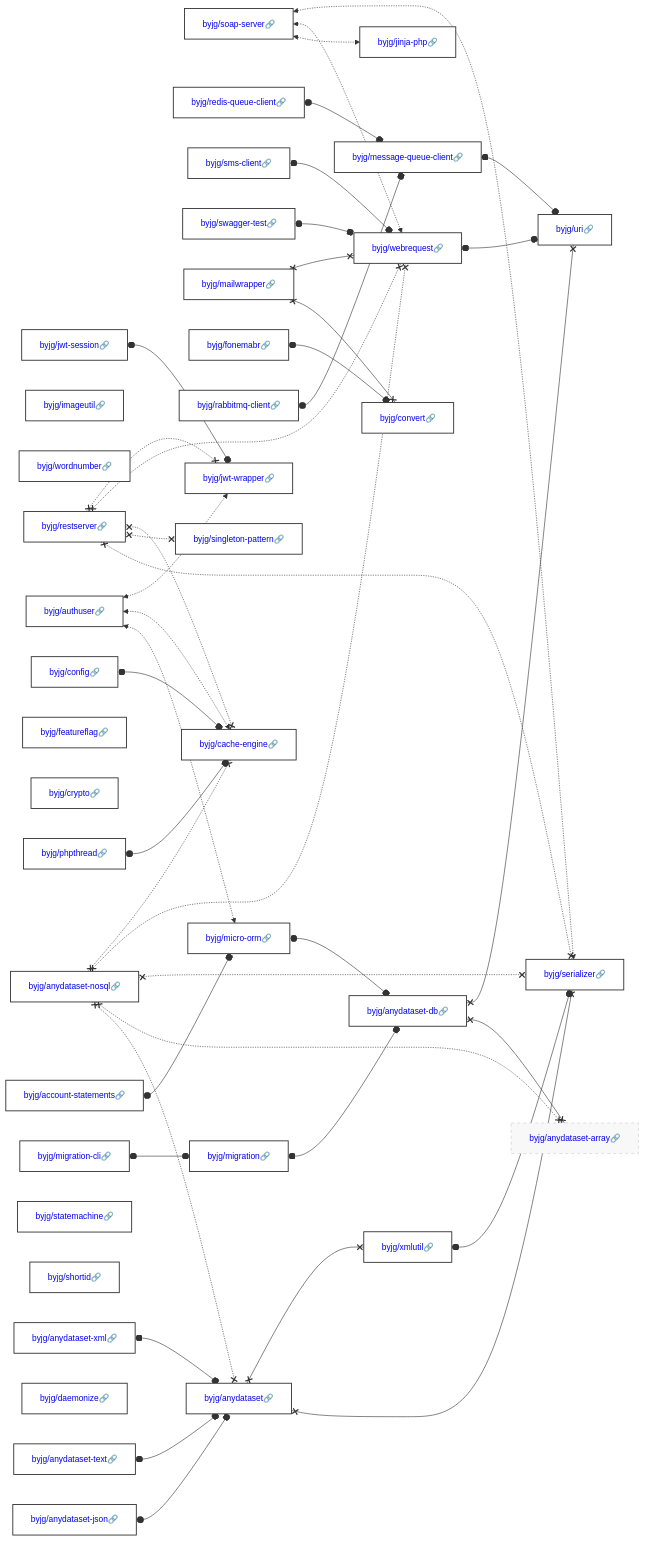
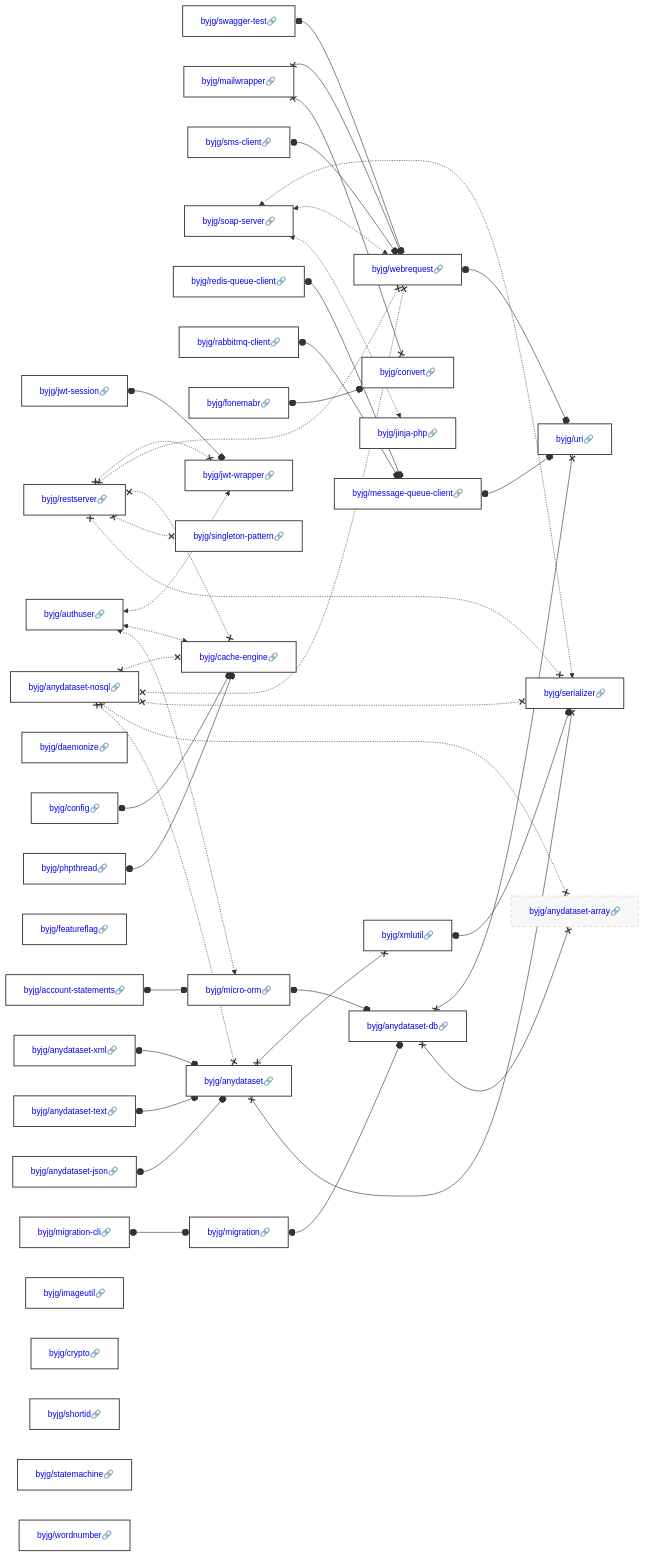
One commit to byjg/byjg.github.io changed the diagram in docs/php/README.md. Above: the diagram before and after it, drawn with Mermaid. The commit also changed other lines of this file and 44 other files, not shown here.

````diff
--- a/docs/php/README.md
+++ b/docs/php/README.md
@@ -3,45 +3,45 @@
 ```mermaid
 graph LR;
+  byjg/swagger-test[<a href='https://opensource.byjg.com/docs/php/swagger-test' style='text-decoration:none'>byjg/swagger-test🔗</a>];
+  byjg/anydataset-text[<a href='https://opensource.byjg.com/docs/php/anydataset-text' style='text-decoration:none'>byjg/anydataset-text🔗</a>];
+  byjg/migration-cli[<a href='https://opensource.byjg.com/docs/php/migration-cli' style='text-decoration:none'>byjg/migration-cli🔗</a>];
+  byjg/anydataset-xml[<a href='https://opensource.byjg.com/docs/php/anydataset-xml' style='text-decoration:none'>byjg/anydataset-xml🔗</a>];
+  byjg/mailwrapper[<a href='https://opensource.byjg.com/docs/php/mailwrapper' style='text-decoration:none'>byjg/mailwrapper🔗</a>];
+  byjg/jwt-session[<a href='https://opensource.byjg.com/docs/php/jwt-session' style='text-decoration:none'>byjg/jwt-session🔗</a>];
+  byjg/sms-client[<a href='https://opensource.byjg.com/docs/php/sms-client' style='text-decoration:none'>byjg/sms-client🔗</a>];
+  byjg/soap-server[<a href='https://opensource.byjg.com/docs/php/soap-server' style='text-decoration:none'>byjg/soap-server🔗</a>];
+  byjg/daemonize[<a href='https://opensource.byjg.com/docs/php/daemonize' style='text-decoration:none'>byjg/daemonize🔗</a>];
+  byjg/account-statements[<a href='https://opensource.byjg.com/docs/php/account-statements' style='text-decoration:none'>byjg/account-statements🔗</a>];
+  byjg/phpthread[<a href='https://opensource.byjg.com/docs/php/phpthread' style='text-decoration:none'>byjg/phpthread🔗</a>];
+  byjg/featureflag[<a href='https://opensource.byjg.com/docs/php/featureflag' style='text-decoration:none'>byjg/featureflag🔗</a>];
+  byjg/redis-queue-client[<a href='https://opensource.byjg.com/docs/php/redis-queue-client' style='text-decoration:none'>byjg/redis-queue-client🔗</a>];
+  byjg/authuser[<a href='https://opensource.byjg.com/docs/php/authuser' style='text-decoration:none'>byjg/authuser🔗</a>];
   byjg/config[<a href='https://opensource.byjg.com/docs/php/config' style='text-decoration:none'>byjg/config🔗</a>];
+  byjg/rabbitmq-client[<a href='https://opensource.byjg.com/docs/php/rabbitmq-client' style='text-decoration:none'>byjg/rabbitmq-client🔗</a>];
+  byjg/anydataset-json[<a href='https://opensource.byjg.com/docs/php/anydataset-json' style='text-decoration:none'>byjg/anydataset-json🔗</a>];
+  byjg/restserver[<a href='https://opensource.byjg.com/docs/php/restserver' style='text-decoration:none'>byjg/restserver🔗</a>];
+  byjg/anydataset-nosql[<a href='https://opensource.byjg.com/docs/php/anydataset-nosql' style='text-decoration:none'>byjg/anydataset-nosql🔗</a>];
   byjg/imageutil[<a href='https://opensource.byjg.com/docs/php/imageutil' style='text-decoration:none'>byjg/imageutil🔗</a>];
+  byjg/fonemabr[<a href='https://opensource.byjg.com/docs/php/fonemabr' style='text-decoration:none'>byjg/fonemabr🔗</a>];
+  byjg/crypto[<a href='https://opensource.byjg.com/docs/php/crypto' style='text-decoration:none'>byjg/crypto🔗</a>];
+  byjg/shortid[<a href='https://opensource.byjg.com/docs/php/shortid' style='text-decoration:none'>byjg/shortid🔗</a>];
+  byjg/statemachine[<a href='https://opensource.byjg.com/docs/php/statemachine' style='text-decoration:none'>byjg/statemachine🔗</a>];
   byjg/wordnumber[<a href='https://opensource.byjg.com/docs/php/wordnumber' style='text-decoration:none'>byjg/wordnumber🔗</a>];
-  byjg/jwt-session[<a href='https://opensource.byjg.com/docs/php/jwt-session' style='text-decoration:none'>byjg/jwt-session🔗</a>];
-  byjg/soap-server[<a href='https://opensource.byjg.com/docs/php/soap-server' style='text-decoration:none'>byjg/soap-server🔗</a>];
-  byjg/redis-queue-client[<a href='https://opensource.byjg.com/docs/php/redis-queue-client' style='text-decoration:none'>byjg/redis-queue-client🔗</a>];
-  byjg/sms-client[<a href='https://opensource.byjg.com/docs/php/sms-client' style='text-decoration:none'>byjg/sms-client🔗</a>];
-  byjg/anydataset-json[<a href='https://opensource.byjg.com/docs/php/anydataset-json' style='text-decoration:none'>byjg/anydataset-json🔗</a>];
-  byjg/anydataset-xml[<a href='https://opensource.byjg.com/docs/php/anydataset-xml' style='text-decoration:none'>byjg/anydataset-xml🔗</a>];
-  byjg/featureflag[<a href='https://opensource.byjg.com/docs/php/featureflag' style='text-decoration:none'>byjg/featureflag🔗</a>];
-  byjg/crypto[<a href='https://opensource.byjg.com/docs/php/crypto' style='text-decoration:none'>byjg/crypto🔗</a>];
-  byjg/anydataset-nosql[<a href='https://opensource.byjg.com/docs/php/anydataset-nosql' style='text-decoration:none'>byjg/anydataset-nosql🔗</a>];
-  byjg/restserver[<a href='https://opensource.byjg.com/docs/php/restserver' style='text-decoration:none'>byjg/restserver🔗</a>];
-  byjg/authuser[<a href='https://opensource.byjg.com/docs/php/authuser' style='text-decoration:none'>byjg/authuser🔗</a>];
-  byjg/anydataset-text[<a href='https://opensource.byjg.com/docs/php/anydataset-text' style='text-decoration:none'>byjg/anydataset-text🔗</a>];
-  byjg/swagger-test[<a href='https://opensource.byjg.com/docs/php/swagger-test' style='text-decoration:none'>byjg/swagger-test🔗</a>];
-  byjg/mailwrapper[<a href='https://opensource.byjg.com/docs/php/mailwrapper' style='text-decoration:none'>byjg/mailwrapper🔗</a>];
-  byjg/fonemabr[<a href='https://opensource.byjg.com/docs/php/fonemabr' style='text-decoration:none'>byjg/fonemabr🔗</a>];
-  byjg/statemachine[<a href='https://opensource.byjg.com/docs/php/statemachine' style='text-decoration:none'>byjg/statemachine🔗</a>];
-  byjg/shortid[<a href='https://opensource.byjg.com/docs/php/shortid' style='text-decoration:none'>byjg/shortid🔗</a>];
-  byjg/migration-cli[<a href='https://opensource.byjg.com/docs/php/migration-cli' style='text-decoration:none'>byjg/migration-cli🔗</a>];
-  byjg/rabbitmq-client[<a href='https://opensource.byjg.com/docs/php/rabbitmq-client' style='text-decoration:none'>byjg/rabbitmq-client🔗</a>];
-  byjg/daemonize[<a href='https://opensource.byjg.com/docs/php/daemonize' style='text-decoration:none'>byjg/daemonize🔗</a>];
-  byjg/phpthread[<a href='https://opensource.byjg.com/docs/php/phpthread' style='text-decoration:none'>byjg/phpthread🔗</a>];
-  byjg/account-statements[<a href='https://opensource.byjg.com/docs/php/account-statements' style='text-decoration:none'>byjg/account-statements🔗</a>];
+  byjg/migration[<a href='https://opensource.byjg.com/docs/php/migration' style='text-decoration:none'>byjg/migration🔗</a>];
   byjg/jinja-php[<a href='https://opensource.byjg.com/docs/php/jinja-php' style='text-decoration:none'>byjg/jinja-php🔗</a>];
+  byjg/micro-orm[<a href='https://opensource.byjg.com/docs/php/micro-orm' style='text-decoration:none'>byjg/micro-orm🔗</a>];
+  byjg/message-queue-client[<a href='https://opensource.byjg.com/docs/php/message-queue-client' style='text-decoration:none'>byjg/message-queue-client🔗</a>];
   byjg/singleton-pattern[<a href='https://opensource.byjg.com/docs/php/singleton-pattern' style='text-decoration:none'>byjg/singleton-pattern🔗</a>];
   byjg/jwt-wrapper[<a href='https://opensource.byjg.com/docs/php/jwt-wrapper' style='text-decoration:none'>byjg/jwt-wrapper🔗</a>];
   byjg/anydataset[<a href='https://opensource.byjg.com/docs/php/anydataset' style='text-decoration:none'>byjg/anydataset🔗</a>];
   byjg/webrequest[<a href='https://opensource.byjg.com/docs/php/webrequest' style='text-decoration:none'>byjg/webrequest🔗</a>];
+  byjg/cache-engine[<a href='https://opensource.byjg.com/docs/php/cache-engine' style='text-decoration:none'>byjg/cache-engine🔗</a>];
   byjg/convert[<a href='https://opensource.byjg.com/docs/php/convert' style='text-decoration:none'>byjg/convert🔗</a>];
-  byjg/migration[<a href='https://opensource.byjg.com/docs/php/migration' style='text-decoration:none'>byjg/migration🔗</a>];
-  byjg/message-queue-client[<a href='https://opensource.byjg.com/docs/php/message-queue-client' style='text-decoration:none'>byjg/message-queue-client🔗</a>];
-  byjg/cache-engine[<a href='https://opensource.byjg.com/docs/php/cache-engine' style='text-decoration:none'>byjg/cache-engine🔗</a>];
-  byjg/micro-orm[<a href='https://opensource.byjg.com/docs/php/micro-orm' style='text-decoration:none'>byjg/micro-orm🔗</a>];
+  byjg/anydataset-db[<a href='https://opensource.byjg.com/docs/php/anydataset-db' style='text-decoration:none'>byjg/anydataset-db🔗</a>];
   byjg/xmlutil[<a href='https://opensource.byjg.com/docs/php/xmlutil' style='text-decoration:none'>byjg/xmlutil🔗</a>];
-  byjg/anydataset-db[<a href='https://opensource.byjg.com/docs/php/anydataset-db' style='text-decoration:none'>byjg/anydataset-db🔗</a>];
-  byjg/serializer[<a href='https://opensource.byjg.com/docs/php/serializer' style='text-decoration:none'>byjg/serializer🔗</a>];
   byjg/anydataset-array[<a href='https://opensource.byjg.com/docs/php/anydataset-array' style='text-decoration:none'>byjg/anydataset-array🔗</a>];
   byjg/uri[<a href='https://opensource.byjg.com/docs/php/uri' style='text-decoration:none'>byjg/uri🔗</a>];
+  byjg/serializer[<a href='https://opensource.byjg.com/docs/php/serializer' style='text-decoration:none'>byjg/serializer🔗</a>];
   byjg/mailwrapper x--x byjg/convert;
   byjg/mailwrapper x--x byjg/webrequest;
   byjg/xmlutil o--o byjg/serializer;
````
